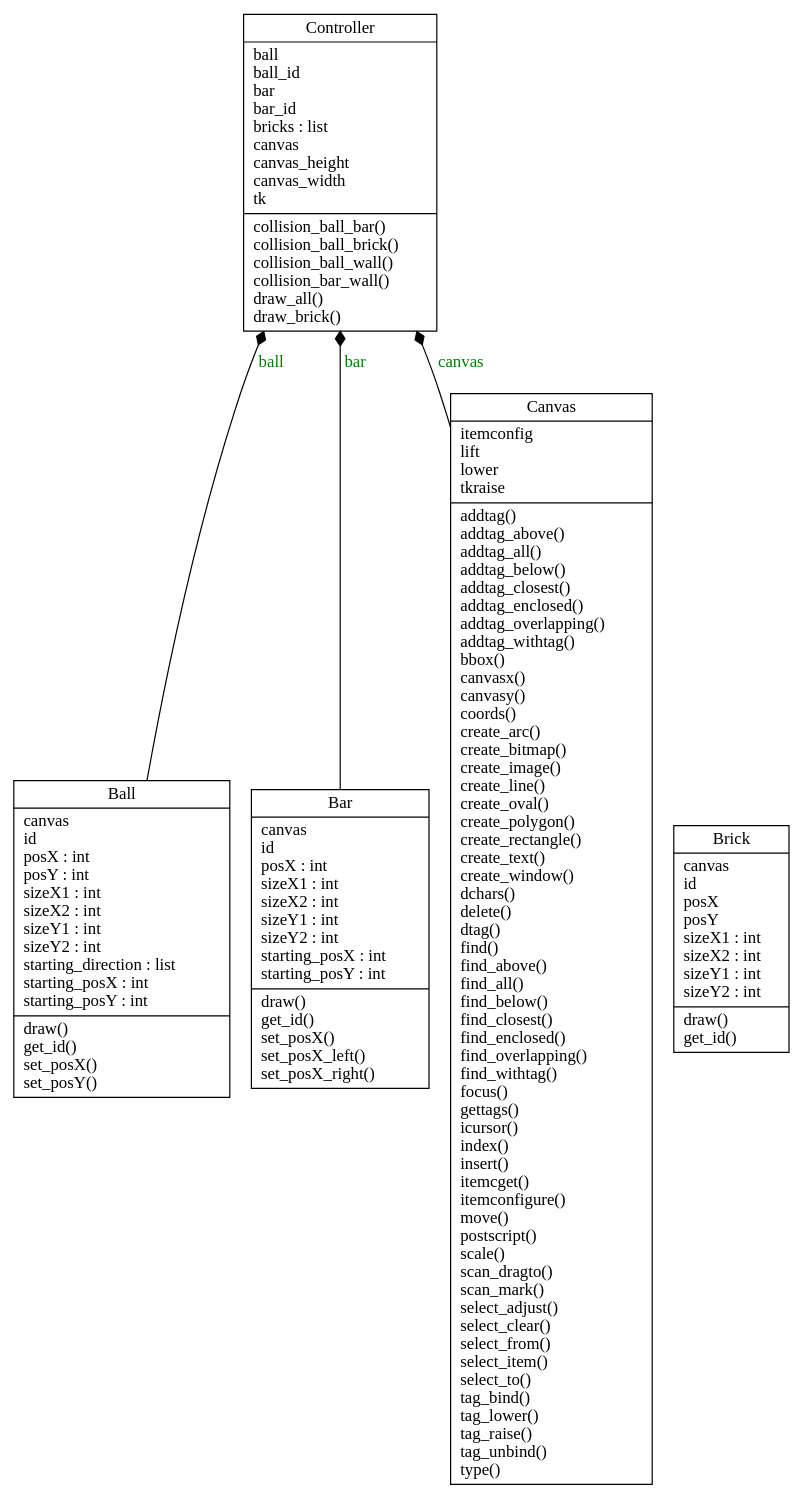
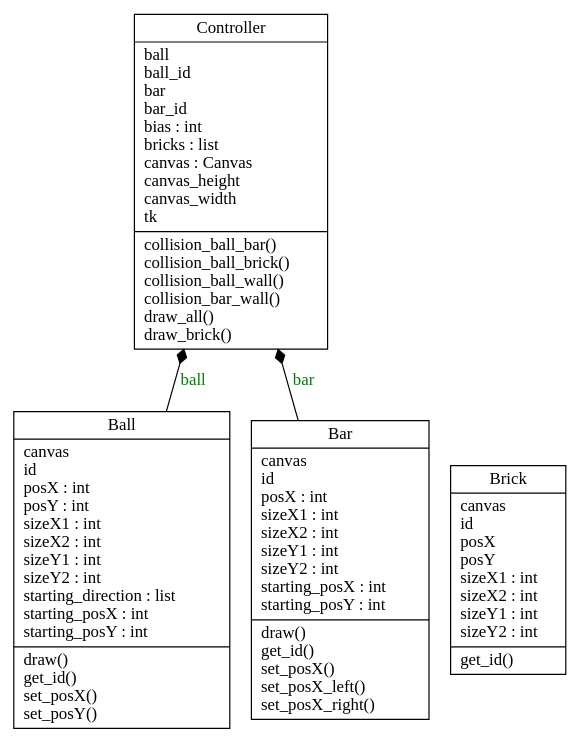
The diagram in Src/Model/classes.dot (SungPilHan/brick_crush), drawn with Graphviz before and after one commit. The commit also changed 2 other files, not shown here.

```diff
--- a/Src/Model/classes.dot
+++ b/Src/Model/classes.dot
@@ -1,12 +1,10 @@
 digraph "classes" {
 charset="utf-8"
 rankdir=BT
 "0" [label="{Ball|canvas\lid\lposX : int\lposY : int\lsizeX1 : int\lsizeX2 : int\lsizeY1 : int\lsizeY2 : int\lstarting_direction : list\lstarting_posX : int\lstarting_posY : int\l|draw()\lget_id()\lset_posX()\lset_posY()\l}", shape="record"];
 "1" [label="{Bar|canvas\lid\lposX : int\lsizeX1 : int\lsizeX2 : int\lsizeY1 : int\lsizeY2 : int\lstarting_posX : int\lstarting_posY : int\l|draw()\lget_id()\lset_posX()\lset_posX_left()\lset_posX_right()\l}", shape="record"];
-"2" [label="{Brick|canvas\lid\lposX\lposY\lsizeX1 : int\lsizeX2 : int\lsizeY1 : int\lsizeY2 : int\l|draw()\lget_id()\l}", shape="record"];
-"3" [label="{Canvas|itemconfig\llift\llower\ltkraise\l|addtag()\laddtag_above()\laddtag_all()\laddtag_below()\laddtag_closest()\laddtag_enclosed()\laddtag_overlapping()\laddtag_withtag()\lbbox()\lcanvasx()\lcanvasy()\lcoords()\lcreate_arc()\lcreate_bitmap()\lcreate_image()\lcreate_line()\lcreate_oval()\lcreate_polygon()\lcreate_rectangle()\lcreate_text()\lcreate_window()\ldchars()\ldelete()\ldtag()\lfind()\lfind_above()\lfind_all()\lfind_below()\lfind_closest()\lfind_enclosed()\lfind_overlapping()\lfind_withtag()\lfocus()\lgettags()\licursor()\lindex()\linsert()\litemcget()\litemconfigure()\lmove()\lpostscript()\lscale()\lscan_dragto()\lscan_mark()\lselect_adjust()\lselect_clear()\lselect_from()\lselect_item()\lselect_to()\ltag_bind()\ltag_lower()\ltag_raise()\ltag_unbind()\ltype()\l}", shape="record"];
-"4" [label="{Controller|ball\lball_id\lbar\lbar_id\lbricks : list\lcanvas\lcanvas_height\lcanvas_width\ltk\l|collision_ball_bar()\lcollision_ball_brick()\lcollision_ball_wall()\lcollision_bar_wall()\ldraw_all()\ldraw_brick()\l}", shape="record"];
-"0" -> "4" [arrowhead="diamond", arrowtail="none", fontcolor="green", label="ball", style="solid"];
-"1" -> "4" [arrowhead="diamond", arrowtail="none", fontcolor="green", label="bar", style="solid"];
-"3" -> "4" [arrowhead="diamond", arrowtail="none", fontcolor="green", label="canvas", style="solid"];
+"2" [label="{Brick|canvas\lid\lposX\lposY\lsizeX1 : int\lsizeX2 : int\lsizeY1 : int\lsizeY2 : int\l|get_id()\l}", shape="record"];
+"3" [label="{Controller|ball\lball_id\lbar\lbar_id\lbias : int\lbricks : list\lcanvas : Canvas\lcanvas_height\lcanvas_width\ltk\l|collision_ball_bar()\lcollision_ball_brick()\lcollision_ball_wall()\lcollision_bar_wall()\ldraw_all()\ldraw_brick()\l}", shape="record"];
+"0" -> "3" [arrowhead="diamond", arrowtail="none", fontcolor="green", label="ball", style="solid"];
+"1" -> "3" [arrowhead="diamond", arrowtail="none", fontcolor="green", label="bar", style="solid"];
 }
```
